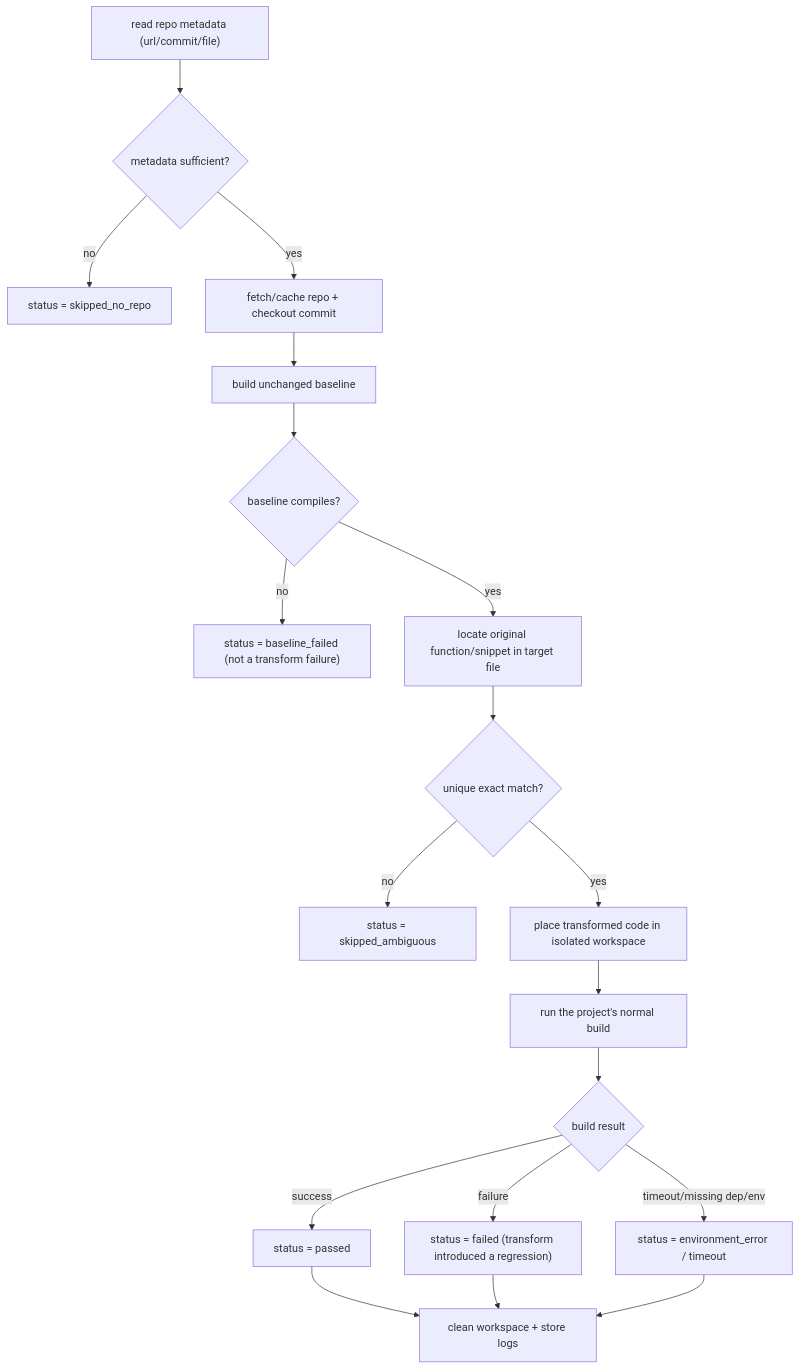
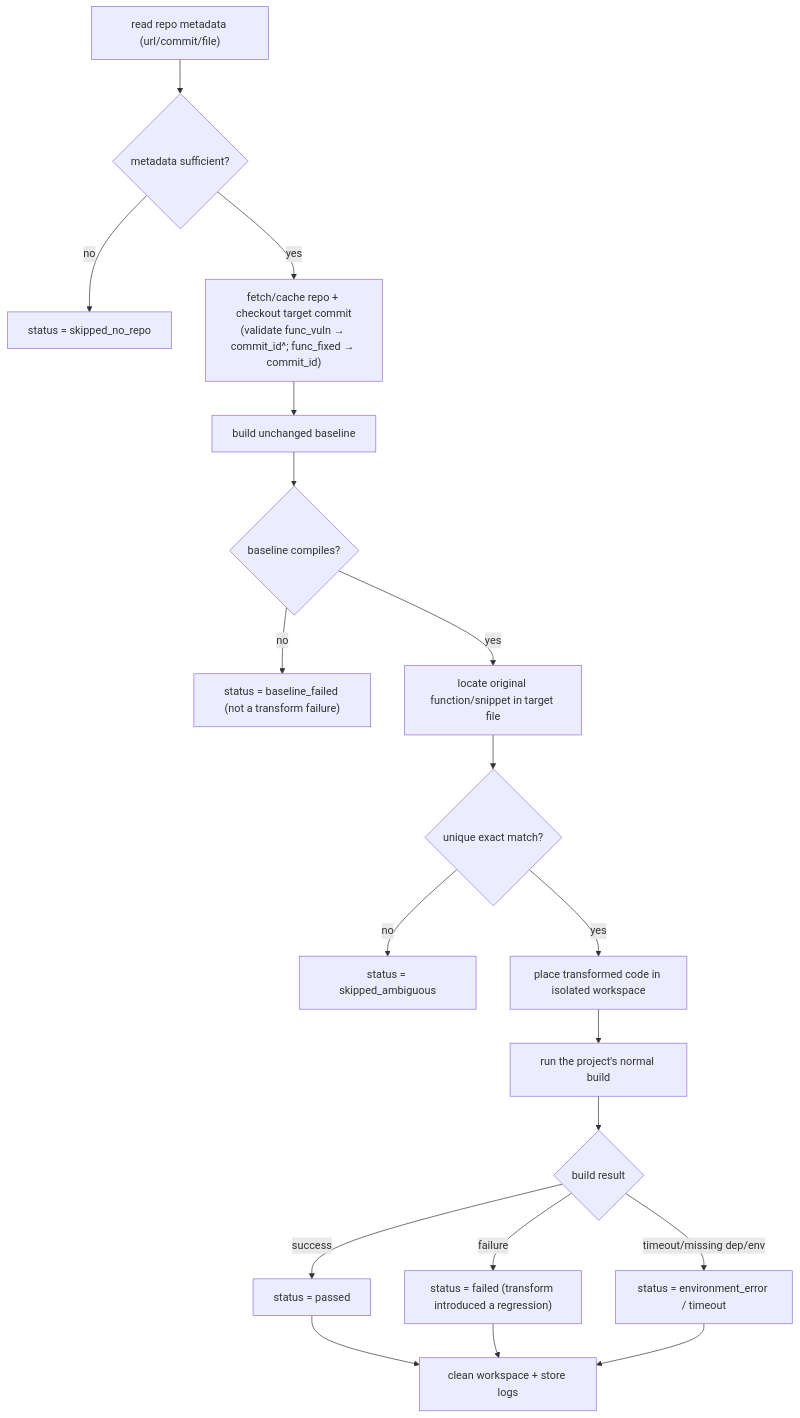
Before and after one commit to TerryL6/cpp-transformation: the diagram in .cursor/plans/framework_plan_v3_en.plan.md, drawn with Mermaid. The commit also changed other lines of this file and 26 other files, not shown here.

````diff
--- a/.cursor/plans/framework_plan_v3_en.plan.md
+++ b/.cursor/plans/framework_plan_v3_en.plan.md
@@ -48,21 +49,21 @@
 ```mermaid
 flowchart TD
   meta["read repo metadata (url/commit/file)"] --> avail{"metadata sufficient?"}
   avail -->|no| skipNoRepo["status = skipped_no_repo"]
-  avail -->|yes| provision["fetch/cache repo + checkout commit"]
+  avail -->|yes| provision["fetch/cache repo + checkout target commit<br/>(validate func_vuln → commit_id^; func_fixed → commit_id)"]
   provision --> baseline["build unchanged baseline"]
   baseline --> basejudge{"baseline compiles?"}
   basejudge -->|no| baseFail["status = baseline_failed (not a transform failure)"]
   basejudge -->|yes| locate["locate original function/snippet in target file"]
   locate --> match{"unique exact match?"}
   match -->|no| ambig["status = skipped_ambiguous"]
   match -->|yes| place["place transformed code in isolated workspace"]
   place --> build["run the project's normal build"]
   build --> judge{"build result"}
   judge -->|success| passed["status = passed"]
   judge -->|failure| failed["status = failed (transform introduced a regression)"]
   judge -->|timeout/missing dep/env| envErr["status = environment_error / timeout"]
   passed --> cleanup["clean workspace + store logs"]
   failed --> cleanup
   envErr --> cleanup
 ```
````
